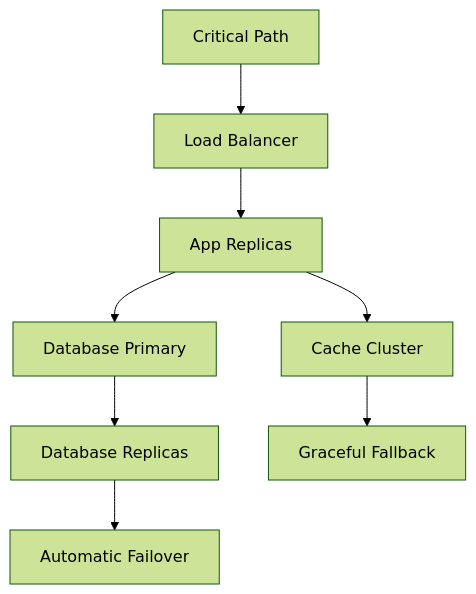
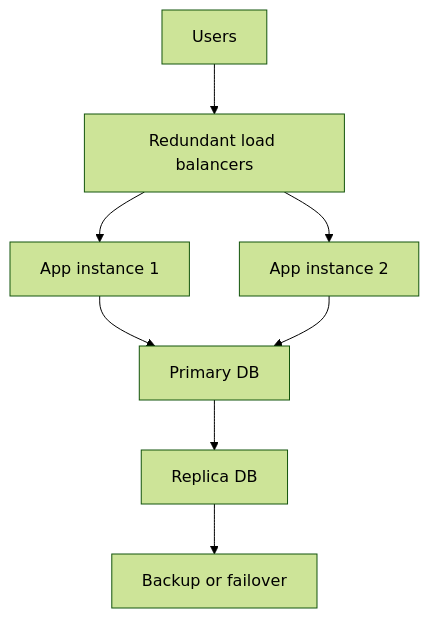
Before and after one commit to mthaiseer/springcloud-systemdesign-notes: diagram 16 of 16 in HLD_NOTES/002_TYPES_OF_INTERVIEWS/000_All_types_quick_reference.md, drawn with Mermaid (forest theme). The commit also changed other lines of this file and 1 other file, not shown here.

````diff
--- a/HLD_NOTES/002_TYPES_OF_INTERVIEWS/000_All_types_quick_reference.md
+++ b/HLD_NOTES/002_TYPES_OF_INTERVIEWS/000_All_types_quick_reference.md
@@ -1161,10 +2043,17 @@
 ```mermaid
 flowchart TD
-  A[Critical Path] --> B[Load Balancer]
-  B --> C[App Replicas]
-  C --> D[Cache Cluster]
-  C --> E[Database Primary]
-  E --> F[Database Replicas]
-  D --> G[Graceful Fallback]
-  F --> H[Automatic Failover]
+  A[Users]
+  B[Redundant load balancers]
+  C[App instance 1]
+  D[App instance 2]
+  E[Primary DB]
+  F[Replica DB]
+  G[Backup or failover]
+  A --> B
+  B --> C
+  B --> D
+  C --> E
+  D --> E
+  E --> F
+  F --> G
 ```
````
